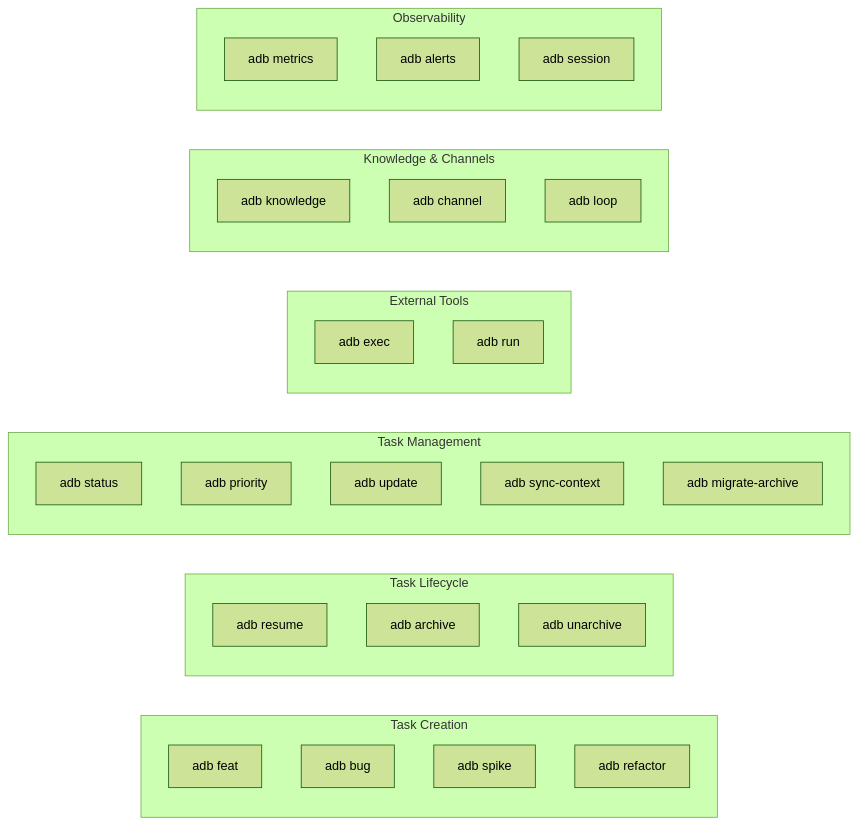
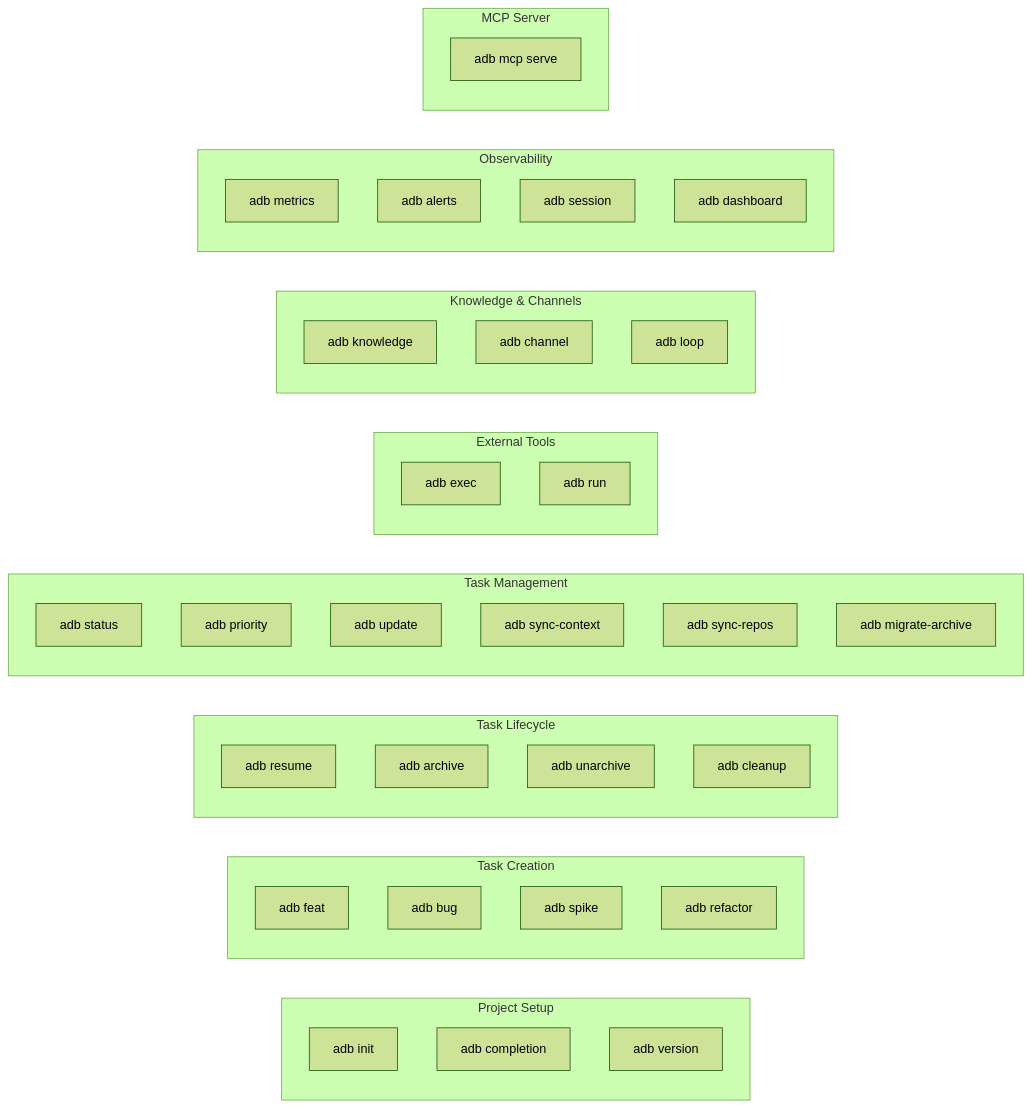
The diagram in docs/commands.md (valter-silva-au/ai-dev-brain), drawn with Mermaid (forest theme) before and after one commit. The commit also changed other lines of this file and 18 other files, not shown here.

````diff
--- a/docs/commands.md
+++ b/docs/commands.md
@@ -8,40 +8,53 @@
 ```mermaid
 graph LR
+    subgraph "Project Setup"
+        init["adb init"]
+        completion["adb completion"]
+        version["adb version"]
+    end
+
     subgraph "Task Creation"
         feat["adb feat"]
         bug["adb bug"]
         spike["adb spike"]
         refactor["adb refactor"]
     end
 
     subgraph "Task Lifecycle"
         resume["adb resume"]
         archive["adb archive"]
         unarchive["adb unarchive"]
+        cleanup["adb cleanup"]
     end
 
     subgraph "Task Management"
         status["adb status"]
         priority["adb priority"]
         update["adb update"]
         syncctx["adb sync-context"]
+        syncrepos["adb sync-repos"]
         migrate["adb migrate-archive"]
     end
 
     subgraph "External Tools"
         exec["adb exec"]
         run["adb run"]
     end
 
     subgraph "Knowledge & Channels"
         knowledge["adb knowledge"]
         channel["adb channel"]
         loop["adb loop"]
     end
 
     subgraph "Observability"
         metrics["adb metrics"]
         alerts["adb alerts"]
         session["adb session"]
+        dashboard["adb dashboard"]
+    end
+
+    subgraph "MCP Server"
+        mcp["adb mcp serve"]
     end
 ```
````
